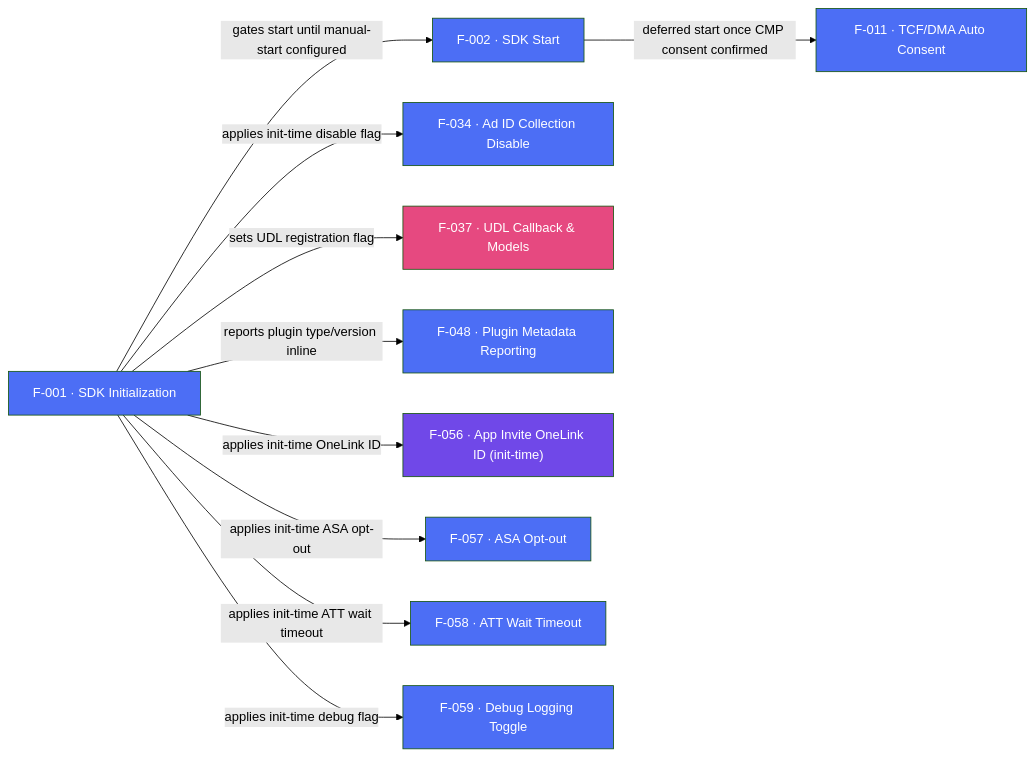
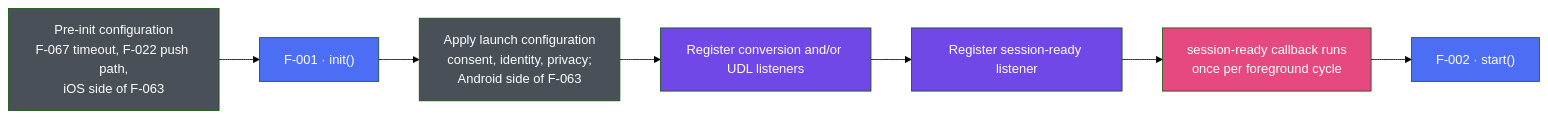
One commit to AppsFlyerSDK/appsflyer-flutter-plugin changed the second of 2 diagrams in internal-docs/features/DIAGRAM.md. Above: the diagram before and after it, drawn with Mermaid (forest theme). The commit also changed other lines of this file and 199 other files, not shown here.

````diff
--- a/internal-docs/features/DIAGRAM.md
+++ b/internal-docs/features/DIAGRAM.md
@@ -103,27 +79,18 @@
 ```mermaid
 flowchart LR
-    F001["F-001 · SDK Initialization"]:::sdkCore
-    F002["F-002 · SDK Start"]:::sdkCore
-    F034["F-034 · Ad ID Collection Disable"]:::sdkCore
-    F037["F-037 · UDL Callback & Models"]:::deepLinking
-    F048["F-048 · Plugin Metadata Reporting"]:::sdkCore
-    F056["F-056 · App Invite OneLink ID (init-time)"]:::oneLinkAndGrowth
-    F057["F-057 · ASA Opt-out"]:::sdkCore
-    F058["F-058 · ATT Wait Timeout"]:::sdkCore
-    F059["F-059 · Debug Logging Toggle"]:::sdkCore
-    F011["F-011 · TCF/DMA Auto Consent"]:::sdkCore
+    PRE["Pre-init configuration<br/>F-067 timeout, F-022 push path,<br/>iOS side of F-063"]:::config
+    F001["F-001 · init()"]:::sdkCore
+    CONFIG["Apply launch configuration<br/>consent, identity, privacy;<br/>Android side of F-063"]:::config
+    LISTENERS["Register conversion and/or UDL listeners"]:::listeners
+    SESSION["Register session-ready listener"]:::listeners
+    READY["session-ready callback runs<br/>once per foreground cycle"]:::event
+    F002["F-002 · start()"]:::sdkCore
 
-    F001 -->|"gates start until manual-start configured"| F002
-    F001 -->|"applies init-time disable flag"| F034
-    F001 -->|"sets UDL registration flag"| F037
-    F001 -->|"reports plugin type/version inline"| F048
-    F001 -->|"applies init-time OneLink ID"| F056
-    F001 -->|"applies init-time ASA opt-out"| F057
-    F001 -->|"applies init-time ATT wait timeout"| F058
-    F001 -->|"applies init-time debug flag"| F059
-    F002 -->|"deferred start once CMP consent confirmed"| F011
+    PRE --> F001 --> CONFIG --> LISTENERS --> SESSION --> READY --> F002
 
     classDef sdkCore fill:#4C6EF5,color:#fff
-    classDef deepLinking fill:#E64980,color:#fff
-    classDef oneLinkAndGrowth fill:#7048E8,color:#fff
+    classDef config fill:#495057,color:#fff
+    classDef dart fill:#12B886,color:#fff
+    classDef listeners fill:#7048E8,color:#fff
+    classDef event fill:#E64980,color:#fff
 ```
````
